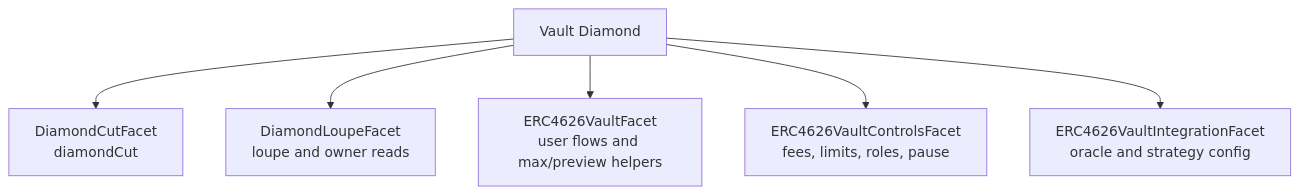
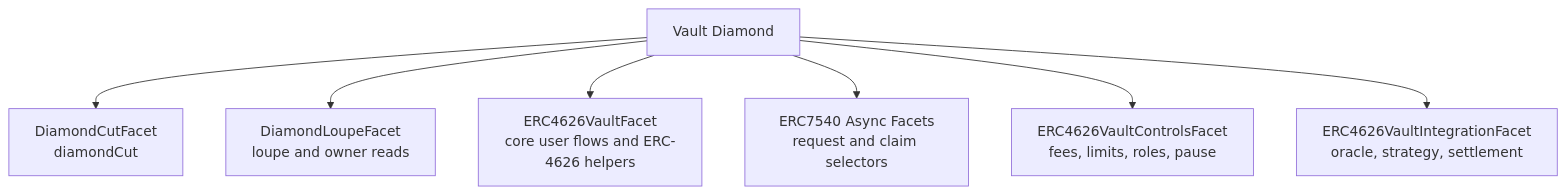
One commit to amshirif/Auralis changed the first of 2 diagrams in docs/vault-facets.md. Above: the diagram before and after it, drawn with Mermaid. The commit also changed other lines of this file and 5 other files, not shown here.

Commit message:
Document async vault reviewer surface

````diff
--- a/docs/vault-facets.md
+++ b/docs/vault-facets.md
@@ -31,15 +31,17 @@
 ```mermaid
 flowchart TD
     Diamond["Vault Diamond"]
     Cut["DiamondCutFacet<br/>diamondCut"]
     Loupe["DiamondLoupeFacet<br/>loupe and owner reads"]
-    Core["ERC4626VaultFacet<br/>user flows and max/preview helpers"]
+    Core["ERC4626VaultFacet<br/>core user flows and ERC-4626 helpers"]
+    Async["ERC7540 Async Facets<br/>request and claim selectors"]
     Controls["ERC4626VaultControlsFacet<br/>fees, limits, roles, pause"]
-    Integration["ERC4626VaultIntegrationFacet<br/>oracle and strategy config"]
+    Integration["ERC4626VaultIntegrationFacet<br/>oracle, strategy, settlement"]
 
     Diamond --> Cut
     Diamond --> Loupe
     Diamond --> Core
+    Diamond --> Async
     Diamond --> Controls
     Diamond --> Integration
 ```
````
